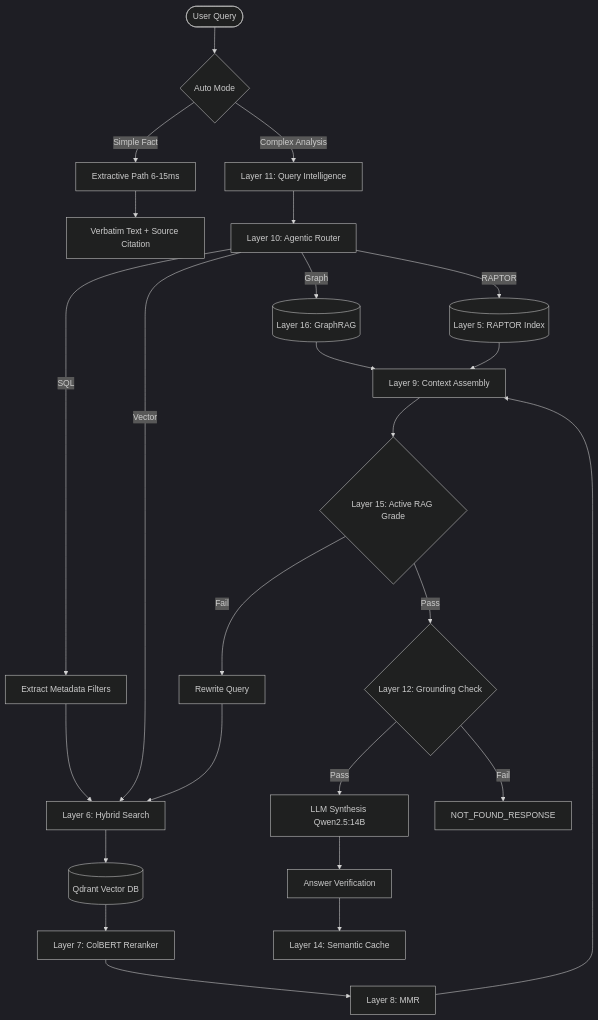
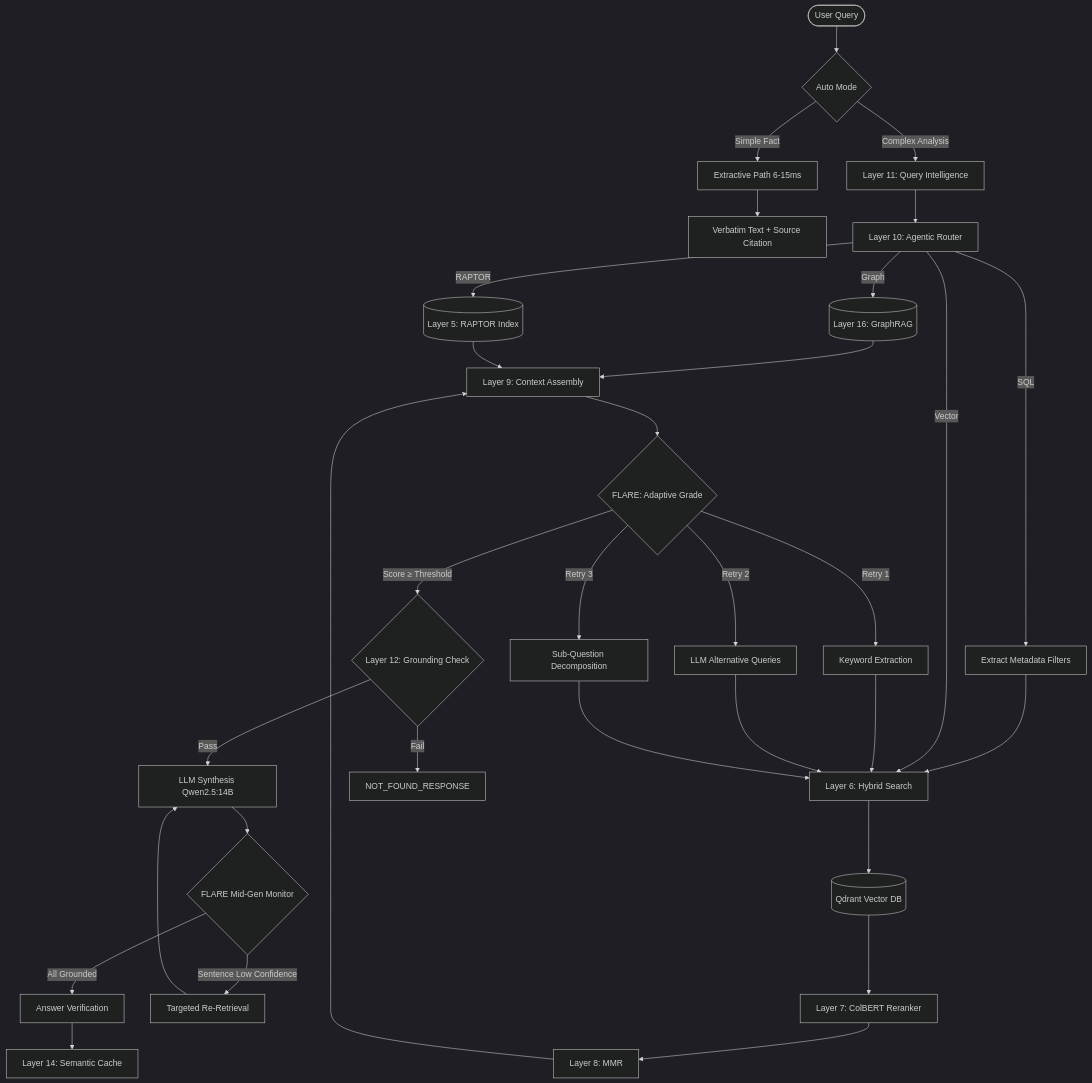
Before and after one commit to varunsrivastav1999/Retrieval-Augmented-Generation--RAG-: the diagram in README.md, drawn with Mermaid (dark theme). The commit also changed other lines of this file and 5 other files, not shown here.

Commit message:
feat: full-fidelity PDF extraction, FLARE mid-gen streaming, and RAPTOR

````diff
--- a/README.md
+++ b/README.md
@@ -43,35 +45,42 @@
 ```mermaid
 graph TD
     User([User Query]) --> Auto{Auto Mode}
     Auto -- Simple Fact --> Ext[Extractive Path 6-15ms]
     Auto -- Complex Analysis --> QIntel[Layer 11: Query Intelligence]
     Ext --> Verbatim[Verbatim Text + Source Citation]
 
     QIntel --> Router[Layer 10: Agentic Router]
     
     Router -- Graph --> Neo4j[(Layer 16: GraphRAG)]
     Neo4j --> ContextAssemble[Layer 9: Context Assembly]
     
     Router -- RAPTOR --> RaptorDB[(Layer 5: RAPTOR Index)]
     RaptorDB --> ContextAssemble
     
     Router -- SQL --> ExtMeta[Extract Metadata Filters]
     ExtMeta --> Hybrid[Layer 6: Hybrid Search]
     
     Router -- Vector --> Hybrid
     Hybrid --> Qdrant[(Qdrant Vector DB)]
     Qdrant --> Reranker[Layer 7: ColBERT Reranker]
     Reranker --> MMR[Layer 8: MMR]
     MMR --> ContextAssemble
     
-    ContextAssemble --> Grade{Layer 15: Active RAG Grade}
-    Grade -- Pass --> Grounding{Layer 12: Grounding Check}
-    Grade -- Fail --> Rewrite[Rewrite Query]
-    Rewrite --> Hybrid
+    ContextAssemble --> FLARE{FLARE: Adaptive Grade}
+    FLARE -- Score ≥ Threshold --> Grounding{Layer 12: Grounding Check}
+    FLARE -- Retry 1 --> Rewrite1[Keyword Extraction]
+    FLARE -- Retry 2 --> Rewrite2[LLM Alternative Queries]
+    FLARE -- Retry 3 --> Rewrite3[Sub-Question Decomposition]
+    Rewrite1 --> Hybrid
+    Rewrite2 --> Hybrid
+    Rewrite3 --> Hybrid
     
     Grounding -- Pass --> LLM[LLM Synthesis Qwen2.5:14B]
     Grounding -- Fail --> HALT[NOT_FOUND_RESPONSE]
     
-    LLM --> Verify[Answer Verification]
+    LLM --> FLARE_Mid{FLARE Mid-Gen Monitor}
+    FLARE_Mid -- Sentence Low Confidence --> TargetedRet[Targeted Re-Retrieval]
+    TargetedRet --> LLM
+    FLARE_Mid -- All Grounded --> Verify[Answer Verification]
     Verify --> Cache[Layer 14: Semantic Cache]
 ```
````
